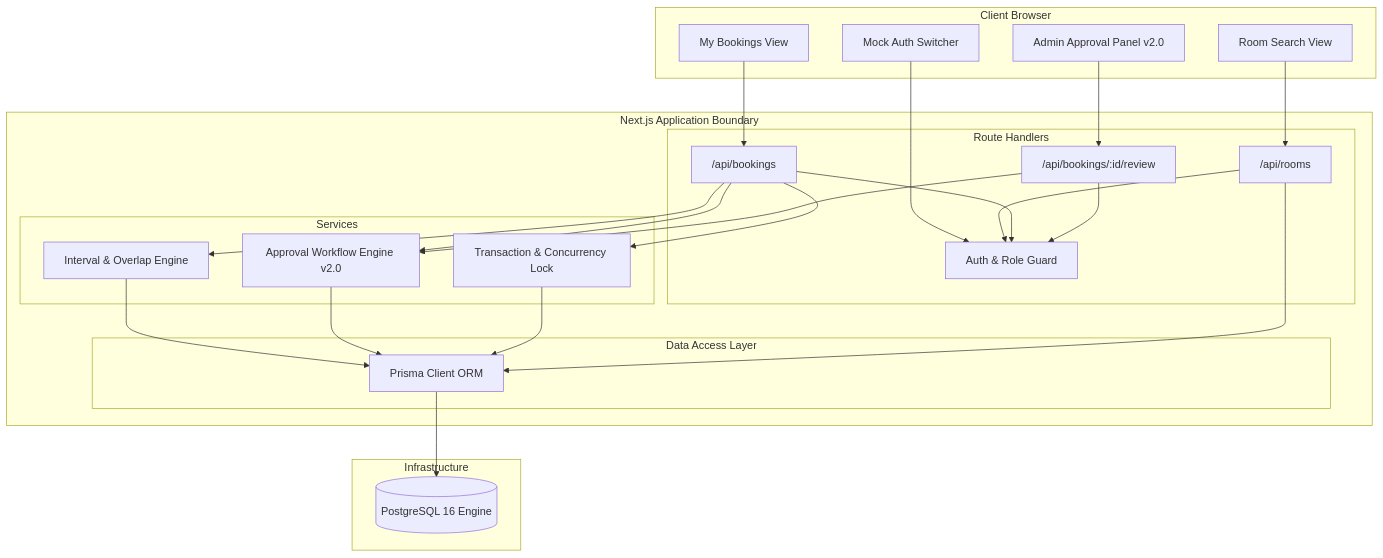
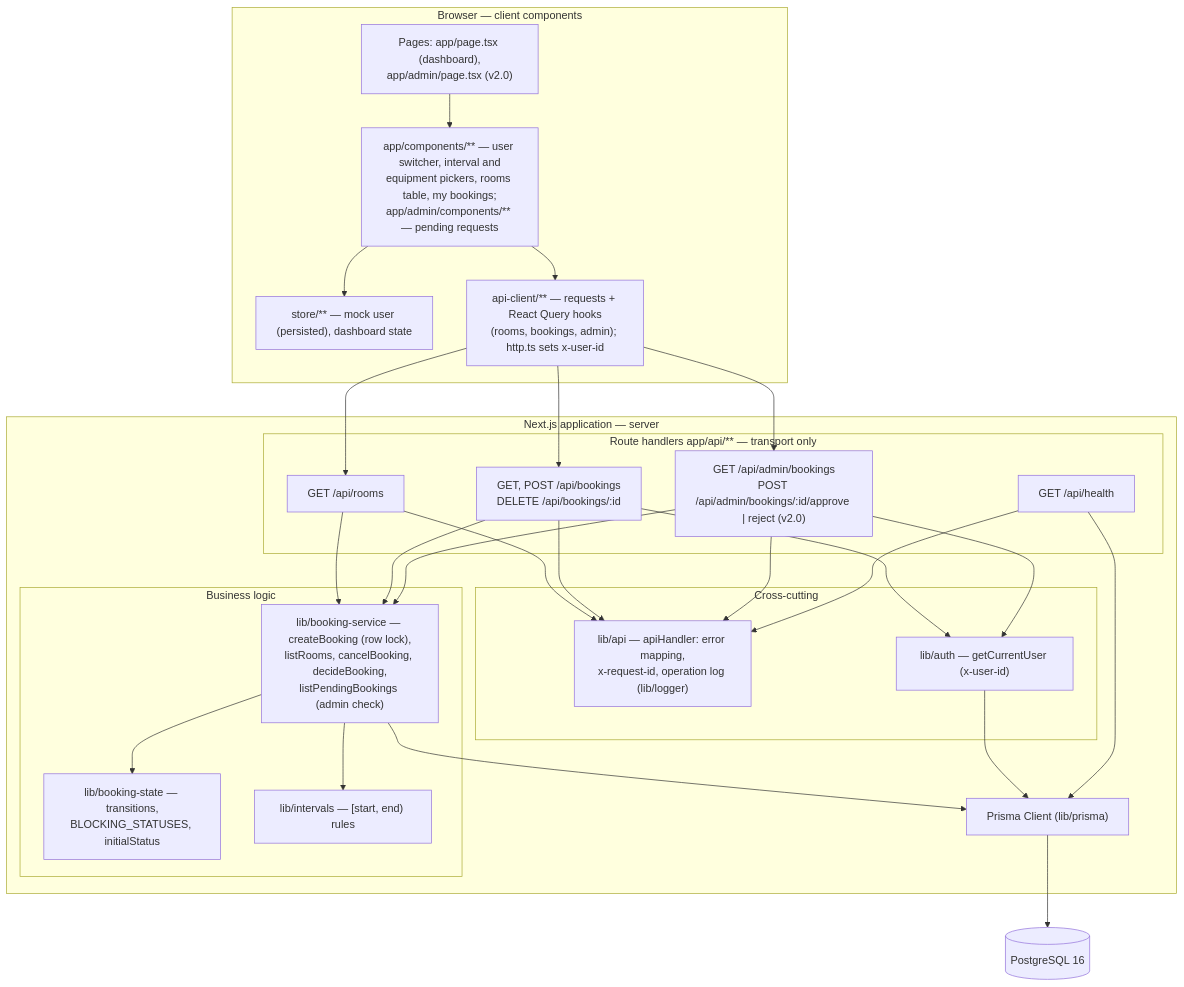
Before and after one commit to kulakdev/knu-krpp-group: the second of 3 diagrams in confluence/context-and-component-diagrams.md, drawn with Mermaid. The commit also changed other lines of this file, not shown here.

Commit message:
BOOK-42: bring the component and sequence diagrams in line with v2.0
The component diagram still showed a planned "/api/bookings/:id/review"
route and an "Approval Workflow Engine" that were never built. It now
shows the real structure: pages and app/components, store, api-client,
the route handlers including /api/admin/bookings, apiHandler and auth,
and the booking-service / booking-state / intervals modules. The
sequence diagram reads the capacity under the row lock, checks overlaps
against BLOCKING_STATUSES and inserts ACTIVE or PENDING.

````diff
--- a/confluence/context-and-component-diagrams.md
+++ b/confluence/context-and-component-diagrams.md
@@ -19,54 +21,57 @@
 ```mermaid
 flowchart TB
-    subgraph Client Browser
-        UI_Search[Room Search View]
-        UI_Bookings[My Bookings View]
-        UI_Admin[Admin Approval Panel v2.0]
-        UI_Auth[Mock Auth Switcher]
+    subgraph Browser [Browser — client components]
+        Pages["Pages: app/page.tsx (dashboard),<br/>app/admin/page.tsx (v2.0)"]
+        Blocks["app/components/** — user switcher, interval and<br/>equipment pickers, rooms table, my bookings;<br/>app/admin/components/** — pending requests"]
+        Store["store/** — mock user (persisted), dashboard state"]
+        ApiClient["api-client/** — requests + React Query hooks<br/>(rooms, bookings, admin); http.ts sets x-user-id"]
     end
 
-    subgraph Next.js Monolith [Next.js Application Boundary]
-        subgraph Routing & Controllers [Route Handlers]
-            AuthGuard[Auth & Role Guard]
-            RoomRoutes["/api/rooms"]
-            BookingRoutes["/api/bookings"]
-            AdminRoutes["/api/bookings/:id/review"]
+    subgraph NextApp [Next.js application — server]
+        subgraph Routes [Route handlers app/api/** — transport only]
+            RoomRoutes["GET /api/rooms"]
+            BookingRoutes["GET, POST /api/bookings<br/>DELETE /api/bookings/:id"]
+            AdminRoutes["GET /api/admin/bookings<br/>POST /api/admin/bookings/:id/approve | reject (v2.0)"]
+            Health["GET /api/health"]
         end
 
-        subgraph Core Business Logic [Services]
-            IntervalEngine[Interval & Overlap Engine]
-            ApprovalEngine[Approval Workflow Engine v2.0]
-            LockManager[Transaction & Concurrency Lock]
+        subgraph Cross [Cross-cutting]
+            ApiHandler["lib/api — apiHandler: error mapping,<br/>x-request-id, operation log (lib/logger)"]
+            Auth["lib/auth — getCurrentUser (x-user-id)"]
         end
 
-        subgraph Data Access Layer
-            Prisma[Prisma Client ORM]
+        subgraph Services [Business logic]
+            BookingService["lib/booking-service — createBooking (row lock),<br/>listRooms, cancelBooking, decideBooking,<br/>listPendingBookings (admin check)"]
+            State["lib/booking-state — transitions,<br/>BLOCKING_STATUSES, initialStatus"]
+            Intervals["lib/intervals — [start, end) rules"]
         end
+
+        Prisma["Prisma Client (lib/prisma)"]
     end
 
-    subgraph Infrastructure
-        Postgres[(PostgreSQL 16 Engine)]
-    end
+    Postgres[(PostgreSQL 16)]
 
-    %% Connections
-    UI_Auth --> AuthGuard
-    UI_Search --> RoomRoutes
-    UI_Bookings --> BookingRoutes
-    UI_Admin --> AdminRoutes
+    Pages --> Blocks
+    Blocks --> Store
+    Blocks --> ApiClient
+    ApiClient --> RoomRoutes
+    ApiClient --> BookingRoutes
+    ApiClient --> AdminRoutes
 
-    RoomRoutes --> AuthGuard
-    BookingRoutes --> AuthGuard
-    AdminRoutes --> AuthGuard
+    RoomRoutes --> ApiHandler
+    BookingRoutes --> ApiHandler
+    AdminRoutes --> ApiHandler
+    Health --> ApiHandler
+    BookingRoutes --> Auth
+    AdminRoutes --> Auth
 
-    BookingRoutes --> IntervalEngine
-    BookingRoutes --> ApprovalEngine
-    BookingRoutes --> LockManager
-    AdminRoutes --> ApprovalEngine
-
-    IntervalEngine --> Prisma
-    ApprovalEngine --> Prisma
-    LockManager --> Prisma
-    RoomRoutes --> Prisma
-
+    RoomRoutes --> BookingService
+    BookingRoutes --> BookingService
+    AdminRoutes --> BookingService
+    BookingService --> State
+    BookingService --> Intervals
+    BookingService --> Prisma
+    Auth --> Prisma
+    Health --> Prisma
     Prisma --> Postgres
 ```
````
